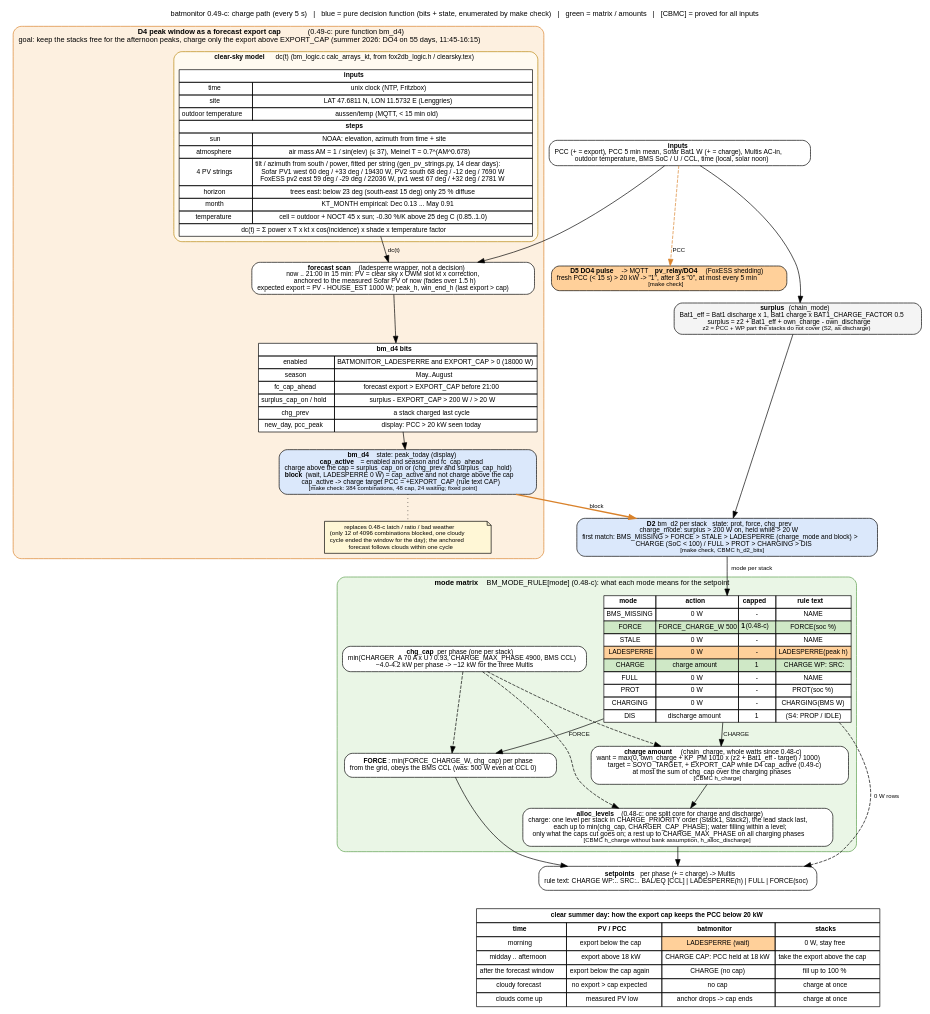
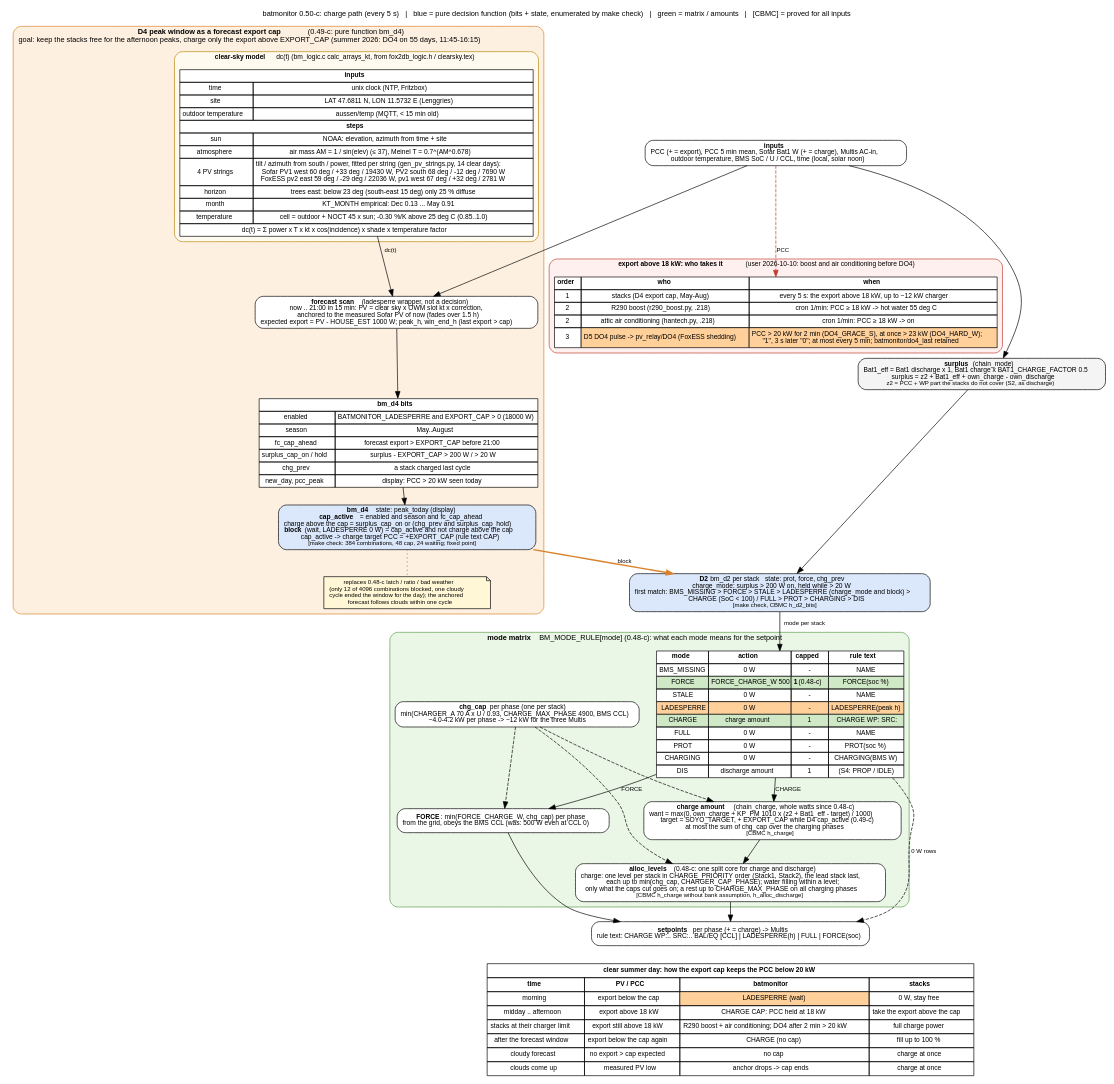
Before and after one commit to gerontec/victron: the diagram in docs/charge_flow.dot, drawn with Graphviz. The commit also changed 14 other files, not shown here.

First line of the commit message:
batmonitor 0.50-c / 0.50-py: DO4 grace - R290 boost and attic air conditioning before the FoxESS shedding

```diff
--- a/docs/charge_flow.dot
+++ b/docs/charge_flow.dot
@@ -1,109 +1,121 @@
-// batmonitor 0.49-c: charge path of one cycle as decision matrices, with the summer peak window (D4 LADESPERRE)
+// batmonitor 0.50-c: charge path of one cycle as decision matrices, with the summer peak window (D4 LADESPERRE)
 // that keeps the stacks free in the morning so they take the midday PV and the PCC export stays below 20 kW.
 // render: dot -Tpdf charge_flow.dot -o charge_flow.pdf   (or -Tpng)
 digraph charge {
 	graph [rankdir=TB, fontname="Helvetica", fontsize=11, nodesep=0.35, ranksep=0.35, newrank=true,
-		   label="batmonitor 0.49-c: charge path (every 5 s)   |   blue = pure decision function (bits + state, enumerated by make check)   |   green = matrix / amounts   |   [CBMC] = proved for all inputs",
+		   label="batmonitor 0.50-c: charge path (every 5 s)   |   blue = pure decision function (bits + state, enumerated by make check)   |   green = matrix / amounts   |   [CBMC] = proved for all inputs",
 		   labelloc=t];
 	node [shape=box, style="rounded,filled", fillcolor="#f4f4f4", fontname="Helvetica", fontsize=10];
 	edge [fontname="Helvetica", fontsize=9];
 
 	in [label=<<b>inputs</b><br/>PCC (+ = export), PCC 5 min mean, Sofar Bat1 W (+ = charge), Multis AC-in,<br/>outdoor temperature, BMS SoC / U / CCL, time (local, solar noon)>, fillcolor="#ffffff"];
 
 	surplus [label=<<b>surplus</b> (chain_mode)<br/>Bat1_eff = Bat1 discharge x 1, Bat1 charge x BAT1_CHARGE_FACTOR 0.5<br/>surplus = z2 + Bat1_eff + own_charge - own_discharge<br/><font point-size="9">z2 = PCC + WP part the stacks do not cover (S2, as discharge)</font>>];
 
 	subgraph cluster_d4 {
 		label=<<b>D4 peak window as a forecast export cap</b> (0.49-c: pure function bm_d4)<br/>goal: keep the stacks free for the afternoon peaks, charge only the export above EXPORT_CAP (summer 2026: DO4 on 55 days, 11:45-16:15)>;
 		style="rounded,filled"; fillcolor="#fdf0e0"; color="#d9822b"; fontsize=11;
 		subgraph cluster_sky {
 			label=<<b>clear-sky model</b> dc(t) (bm_logic.c calc_arrays_kt, from fox2db_logic.h / clearsky.tex)>;
 			style="rounded,filled"; fillcolor="#fffaf0"; color="#b8860b"; fontsize=10;
 			sky [shape=plain, label=<
 				<table border="0" cellborder="1" cellspacing="0" cellpadding="3" bgcolor="#ffffff">
 				<tr><td colspan="2"><b>inputs</b></td></tr>
 				<tr><td>time</td><td>unix clock (NTP, Fritzbox)</td></tr>
 				<tr><td>site</td><td>LAT 47.6811 N, LON 11.5732 E (Lenggries)</td></tr>
 				<tr><td>outdoor temperature</td><td>aussen/temp (MQTT, &lt; 15 min old)</td></tr>
 				<tr><td colspan="2"><b>steps</b></td></tr>
 				<tr><td>sun</td><td>NOAA: elevation, azimuth from time + site</td></tr>
 				<tr><td>atmosphere</td><td>air mass AM = 1 / sin(elev) (&le; 37), Meinel T = 0.7^(AM^0.678)</td></tr>
 				<tr><td>4 PV strings</td><td>tilt / azimuth from south / power, fitted per string (gen_pv_strings.py, 14 clear days):<br/>Sofar PV1 west 60 deg / +33 deg / 19430 W, PV2 south 68 deg / -12 deg / 7690 W<br/>FoxESS pv2 east 59 deg / -29 deg / 22036 W, pv1 west 67 deg / +32 deg / 2781 W</td></tr>
 				<tr><td>horizon</td><td>trees east: below 23 deg (south-east 15 deg) only 25 % diffuse</td></tr>
 				<tr><td>month</td><td>KT_MONTH empirical: Dec 0.13 ... May 0.91</td></tr>
 				<tr><td>temperature</td><td>cell = outdoor + NOCT 45 x sun; -0.30 %/K above 25 deg C (0.85..1.0)</td></tr>
 				<tr><td colspan="2">dc(t) = &Sigma; power x T x kt x cos(incidence) x shade x temperature factor</td></tr>
 				</table>>];
 		}
 		model [label=<<b>forecast scan</b> (ladesperre wrapper, not a decision)<br/>now .. 21:00 in 15 min: PV = clear sky x OWM slot kt x correction,<br/>anchored to the measured Sofar PV of now (fades over 1.5 h)<br/>expected export = PV - HOUSE_EST 1000 W; peak_h, win_end_h (last export &gt; cap)>, fillcolor="#ffffff"];
 		sky -> model [label=" dc(t)"];
 		d4bits [shape=plain, label=<
 			<table border="0" cellborder="1" cellspacing="0" cellpadding="3" bgcolor="#ffffff">
 			<tr><td colspan="2"><b>bm_d4 bits</b></td></tr>
 			<tr><td>enabled</td><td>BATMONITOR_LADESPERRE and EXPORT_CAP &gt; 0 (18000 W)</td></tr>
 			<tr><td>season</td><td>May..August</td></tr>
 			<tr><td>fc_cap_ahead</td><td>forecast export &gt; EXPORT_CAP before 21:00</td></tr>
 			<tr><td>surplus_cap_on / hold</td><td>surplus - EXPORT_CAP &gt; 200 W / &gt; 20 W</td></tr>
 			<tr><td>chg_prev</td><td>a stack charged last cycle</td></tr>
 			<tr><td>new_day, pcc_peak</td><td>display: PCC &gt; 20 kW seen today</td></tr>
 			</table>>];
 		d4 [label=<<b>bm_d4</b>   state: peak_today (display)<br/><b>cap_active</b> = enabled and season and fc_cap_ahead<br/>charge above the cap = surplus_cap_on or (chg_prev and surplus_cap_hold)<br/><b>block</b> (wait, LADESPERRE 0 W) = cap_active and not charge above the cap<br/>cap_active -&gt; charge target PCC = +EXPORT_CAP (rule text CAP)<br/><font point-size="9">[make check: 384 combinations, 48 cap, 24 waiting; fixed point]</font>>, fillcolor="#dbe8fb"];
 		note_ls [shape=note, fillcolor="#fff7d6", fontsize=9, label=<replaces 0.48-c latch / ratio / bad weather<br/>(only 12 of 4096 combinations blocked, one cloudy<br/>cycle ended the window for the day); the anchored<br/>forecast follows clouds within one cycle>];
 		model -> d4bits -> d4;
 		d4 -> note_ls [style=dotted, arrowhead=none];
 	}
 
 	d2 [label=<<b>D2</b> bm_d2 per stack   state: prot, force, chg_prev<br/>charge_mode: surplus &gt; 200 W on, held while &gt; 20 W<br/>first match: BMS_MISSING &gt; FORCE &gt; STALE &gt; LADESPERRE (charge_mode and block) &gt;<br/>CHARGE (SoC &lt; 100) / FULL &gt; PROT &gt; CHARGING &gt; DIS<br/><font point-size="9">[make check, CBMC h_d2_bits]</font>>, fillcolor="#dbe8fb"];
 
 	subgraph cluster_mode {
 		label=<<b>mode matrix</b> BM_MODE_RULE[mode] (0.48-c): what each mode means for the setpoint>;
 		style="rounded,filled"; fillcolor="#eaf6e6"; color="#5a9e4b"; fontsize=11;
 		mrule [shape=plain, label=<
 			<table border="0" cellborder="1" cellspacing="0" cellpadding="3" bgcolor="#ffffff">
 			<tr><td><b>mode</b></td><td><b>action</b></td><td><b>capped</b></td><td><b>rule text</b></td></tr>
 			<tr><td>BMS_MISSING</td><td>0 W</td><td>-</td><td>NAME</td></tr>
 			<tr><td bgcolor="#cfe8c6">FORCE</td><td bgcolor="#cfe8c6">FORCE_CHARGE_W 500</td><td bgcolor="#cfe8c6"><b>1</b> (0.48-c)</td><td bgcolor="#cfe8c6">FORCE(soc %)</td></tr>
 			<tr><td>STALE</td><td>0 W</td><td>-</td><td>NAME</td></tr>
 			<tr><td bgcolor="#ffd09a">LADESPERRE</td><td bgcolor="#ffd09a">0 W</td><td bgcolor="#ffd09a">-</td><td bgcolor="#ffd09a">LADESPERRE(peak h)</td></tr>
 			<tr><td bgcolor="#cfe8c6">CHARGE</td><td bgcolor="#cfe8c6">charge amount</td><td bgcolor="#cfe8c6">1</td><td bgcolor="#cfe8c6">CHARGE WP: SRC:</td></tr>
 			<tr><td>FULL</td><td>0 W</td><td>-</td><td>NAME</td></tr>
 			<tr><td>PROT</td><td>0 W</td><td>-</td><td>PROT(soc %)</td></tr>
 			<tr><td>CHARGING</td><td>0 W</td><td>-</td><td>CHARGING(BMS W)</td></tr>
 			<tr><td>DIS</td><td>discharge amount</td><td>1</td><td>(S4: PROP / IDLE)</td></tr>
 			</table>>];
 		force [label=<<b>FORCE</b>: min(FORCE_CHARGE_W, chg_cap) per phase<br/>from the grid, obeys the BMS CCL (was: 500 W even at CCL 0)>, fillcolor="#ffffff"];
 		amount [label=<<b>charge amount</b> (chain_charge, whole watts since 0.48-c)<br/>want = max(0, own_charge + KP_PM 1010 x (z2 + Bat1_eff - target) / 1000)<br/>target = SOYO_TARGET, + EXPORT_CAP while D4 cap_active (0.49-c)<br/>at most the sum of chg_cap over the charging phases<br/><font point-size="9">[CBMC h_charge]</font>>, fillcolor="#ffffff"];
 		caps [label=<<b>chg_cap</b> per phase (one per stack)<br/>min(CHARGER_A 70 A x U / 0.93, CHARGE_MAX_PHASE 4900, BMS CCL)<br/>~4.0-4.2 kW per phase -&gt; ~12 kW for the three Multis>, fillcolor="#ffffff"];
 		alloc [label=<<b>alloc_levels</b> (0.48-c: one split core for charge and discharge)<br/>charge: one level per stack in CHARGE_PRIORITY order (Stack1, Stack2), the lead stack last,<br/>each up to min(chg_cap, CHARGER_CAP_PHASE); water filling within a level;<br/>only what the caps cut goes on; a rest up to CHARGE_MAX_PHASE on all charging phases<br/><font point-size="9">[CBMC h_charge without bank assumption, h_alloc_discharge]</font>>, fillcolor="#ffffff"];
 		mrule -> force [label=" FORCE"];
 		mrule -> amount [label=" CHARGE"];
 		caps -> amount [style=dashed];
 		caps -> alloc [style=dashed];
 		caps -> force [style=dashed];
 		amount -> alloc;
 	}
 
-	do4 [label=<<b>D5 DO4 pulse</b> -&gt; MQTT <b>pv_relay/DO4</b> (FoxESS shedding)<br/>fresh PCC (&lt; 15 s) &gt; 20 kW -&gt; "1", after 3 s "0", at most every 5 min<br/><font point-size="9">[make check]</font>>, fillcolor="#ffd09a"];
+	subgraph cluster_prio {
+		label=<<b>export above 18 kW: who takes it</b> (user 2026-10-10: boost and air conditioning before DO4)>;
+		style="rounded,filled"; fillcolor="#fff0f0"; color="#c0392b"; fontsize=10;
+		prio [shape=plain, label=<
+			<table border="0" cellborder="1" cellspacing="0" cellpadding="3" bgcolor="#ffffff">
+			<tr><td><b>order</b></td><td><b>who</b></td><td><b>when</b></td></tr>
+			<tr><td>1</td><td>stacks (D4 export cap, May-Aug)</td><td>every 5 s: the export above 18 kW, up to ~12 kW charger</td></tr>
+			<tr><td>2</td><td>R290 boost (r290_boost.py, .218)</td><td>cron 1/min: PCC &ge; 18 kW -&gt; hot water 55 deg C</td></tr>
+			<tr><td>2</td><td>attic air conditioning (hantech.py, .218)</td><td>cron 1/min: PCC &ge; 18 kW -&gt; on</td></tr>
+			<tr><td>3</td><td bgcolor="#ffd09a">D5 DO4 pulse -&gt; pv_relay/DO4 (FoxESS shedding)</td><td bgcolor="#ffd09a">PCC &gt; 20 kW for 2 min (DO4_GRACE_S), at once &gt; 23 kW (DO4_HARD_W);<br/>"1", 3 s later "0"; at most every 5 min; batmonitor/do4_last retained</td></tr>
+			</table>>];
+	}
 
 	out [label=<<b>setpoints</b> per phase (+ = charge) -&gt; Multis<br/>rule text: CHARGE WP:.. SRC:.. BAL/EQ [CCL] | LADESPERRE(h) | FULL | FORCE(soc)>, fillcolor="#ffffff"];
 
 	timeline [shape=plain, label=<
 		<table border="0" cellborder="1" cellspacing="0" cellpadding="4" bgcolor="#ffffff">
 		<tr><td colspan="4"><b>clear summer day: how the export cap keeps the PCC below 20 kW</b></td></tr>
 		<tr><td><b>time</b></td><td><b>PV / PCC</b></td><td><b>batmonitor</b></td><td><b>stacks</b></td></tr>
 		<tr><td>morning</td><td>export below the cap</td><td bgcolor="#ffd09a">LADESPERRE (wait)</td><td>0 W, stay free</td></tr>
 		<tr><td>midday .. afternoon</td><td>export above 18 kW</td><td>CHARGE CAP: PCC held at 18 kW</td><td>take the export above the cap</td></tr>
+		<tr><td>stacks at their charger limit</td><td>export still above 18 kW</td><td>R290 boost + air conditioning; DO4 after 2 min &gt; 20 kW</td><td>full charge power</td></tr>
 		<tr><td>after the forecast window</td><td>export below the cap again</td><td>CHARGE (no cap)</td><td>fill up to 100 %</td></tr>
 		<tr><td>cloudy forecast</td><td>no export &gt; cap expected</td><td>no cap</td><td>charge at once</td></tr>
 		<tr><td>clouds come up</td><td>measured PV low</td><td>anchor drops -&gt; cap ends</td><td>charge at once</td></tr>
 		</table>>];
 
 	in -> surplus -> d2;
 	in -> model;
-	in -> do4 [style=dashed, label=" PCC", color="#d9822b"];
+	in -> prio [style=dashed, label=" PCC", color="#c0392b"];
 	d4 -> d2 [color="#d9822b", penwidth=2, label=" block"];
 	d2 -> mrule [label=" mode per stack"];
 	force -> out;
 	alloc -> out;
 	mrule -> out [label=" 0 W rows", style=dashed];
 	out -> timeline [style=invis];
 }
```
